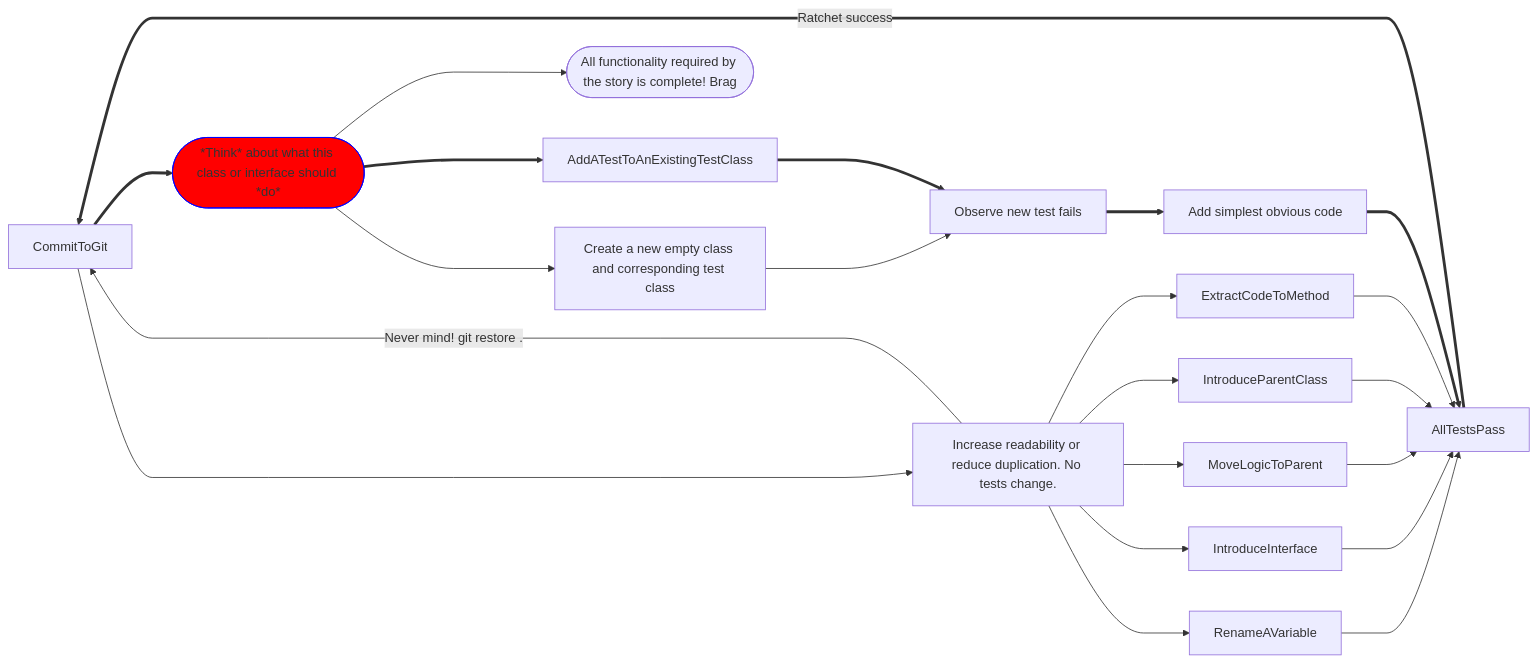
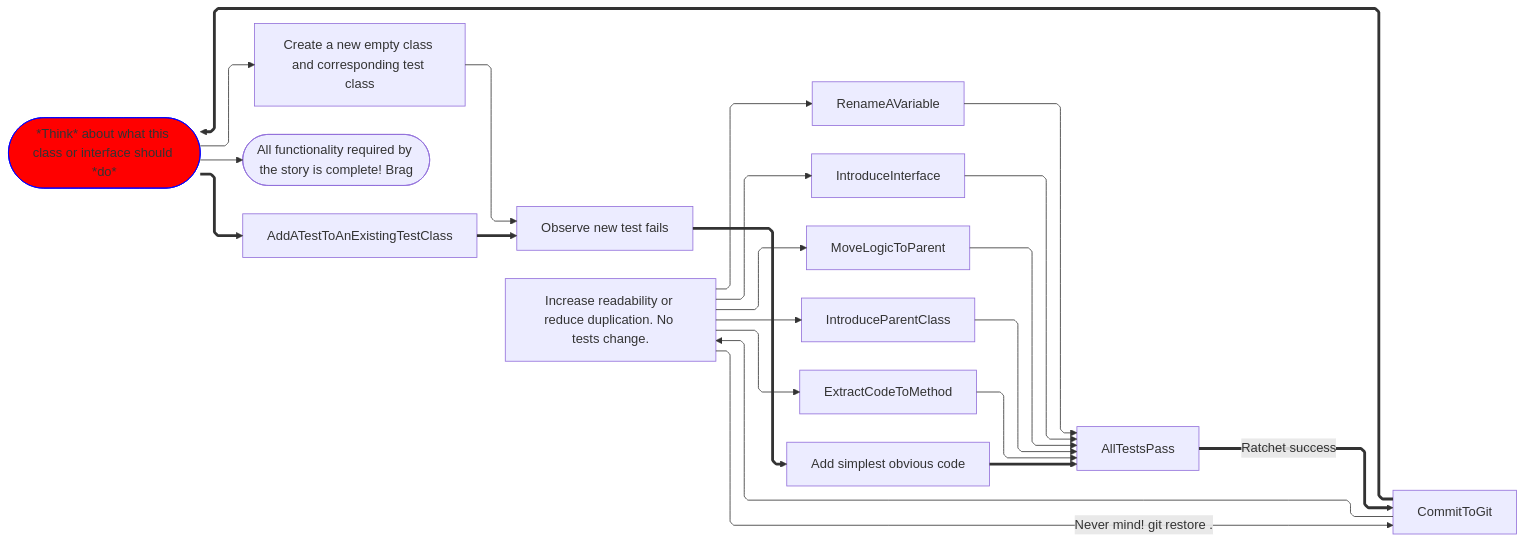
Before and after one commit to Billy-Spearman-WCCI/RaceCarExtension: the third of 5 diagrams in README.md, drawn with Mermaid.

````diff
--- a/README.md
+++ b/README.md
@@ -891,27 +891,27 @@
 ```mermaid
-%%{ init: { 'flowchart': { 'curve': 'monotoneX' } } }%%
+%%{init: { 'flowchart': { 'curve': 'monotoneX', "defaultRenderer": "elk"}} }%%
 graph LR;
 CommitToGit==>Think(["*Think* about what this class or interface should *do*"])
 classDef thinkStyle fill:#f00,stroke:#00f
 class Think thinkStyle;
 Think-->CreateANewClass["Create a new empty class and corresponding test class"]
 Think-->DONE(["All functionality required by the story is complete! Brag"])
 CreateANewClass-->AddATest["Observe new test fails"]
 Think==>AddATestToAnExistingTestClass
 AddATestToAnExistingTestClass==>AddATest
 AllTestsPass==>|"Ratchet success"|CommitToGit
 CommitToGit-->MakeImprovements["Increase readability or reduce duplication. No tests change."]
 MakeImprovements-->RenameAVariable
 RenameAVariable-->AllTestsPass
 MakeImprovements-->IntroduceInterface
 IntroduceInterface-->AllTestsPass
 MakeImprovements-->MoveLogicToParent
 MoveLogicToParent-->AllTestsPass
 MakeImprovements-->IntroduceParentClass
 IntroduceParentClass-->AllTestsPass
 MakeImprovements-->ExtractCodeToMethod
 ExtractCodeToMethod-->AllTestsPass
 AddATest==>WriteCode["Add simplest obvious code"]
 WriteCode==>AllTestsPass
 MakeImprovements-->|"Never mind! git restore ."|CommitToGit
 ```
````
